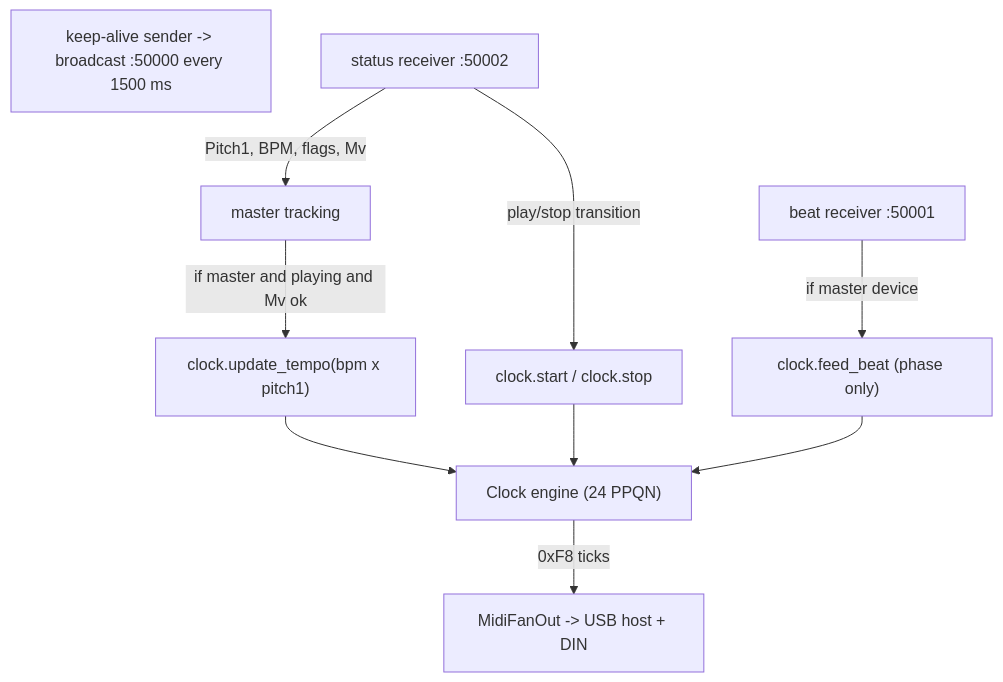
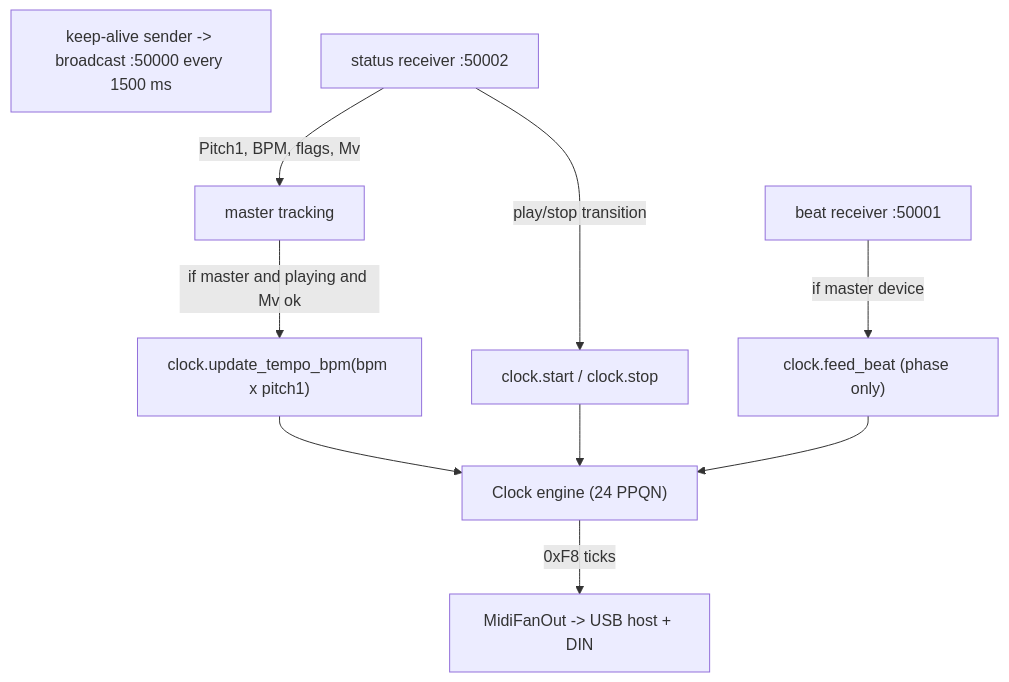
Before and after one commit to Calvin-Zikakis/dj-midi-sender: the diagram in docs/architecture.md, drawn with Mermaid. The commit also changed other lines of this file and 7 other files, not shown here.

````diff
--- a/docs/architecture.md
+++ b/docs/architecture.md
@@ -226,14 +261,14 @@
 ```mermaid
 flowchart TD
     KA["keep-alive sender -> broadcast :50000 every 1500 ms"]
     ST["status receiver :50002"]
     BT["beat receiver :50001"]
     ST -->|"Pitch1, BPM, flags, Mv"| MT["master tracking"]
-    MT -->|"if master and playing and Mv ok"| UT["clock.update_tempo(bpm x pitch1)"]
+    MT -->|"if master and playing and Mv ok"| UT["clock.update_tempo_bpm(bpm x pitch1)"]
     ST -->|"play/stop transition"| SS["clock.start / clock.stop"]
     BT -->|"if master device"| CP["clock.feed_beat (phase only)"]
     UT --> CLK["Clock engine (24 PPQN)"]
     SS --> CLK
     CP --> CLK
     CLK -->|"0xF8 ticks"| OUT["MidiFanOut -> USB host + DIN"]
 ```
````
